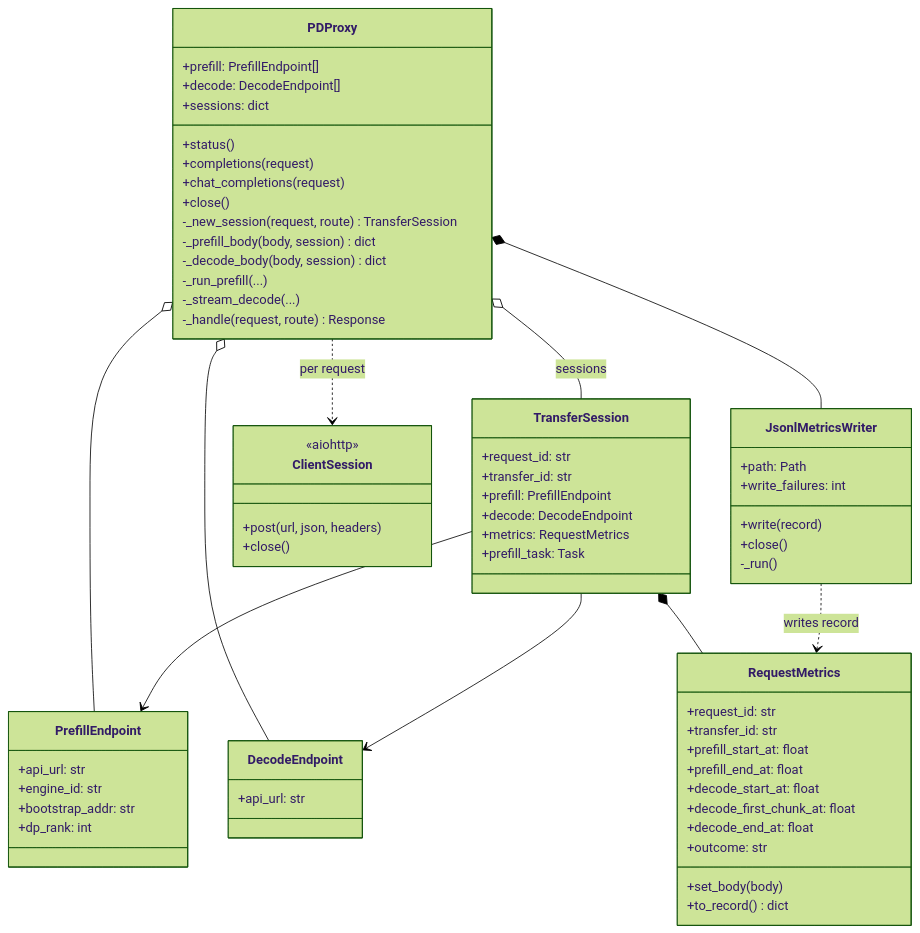
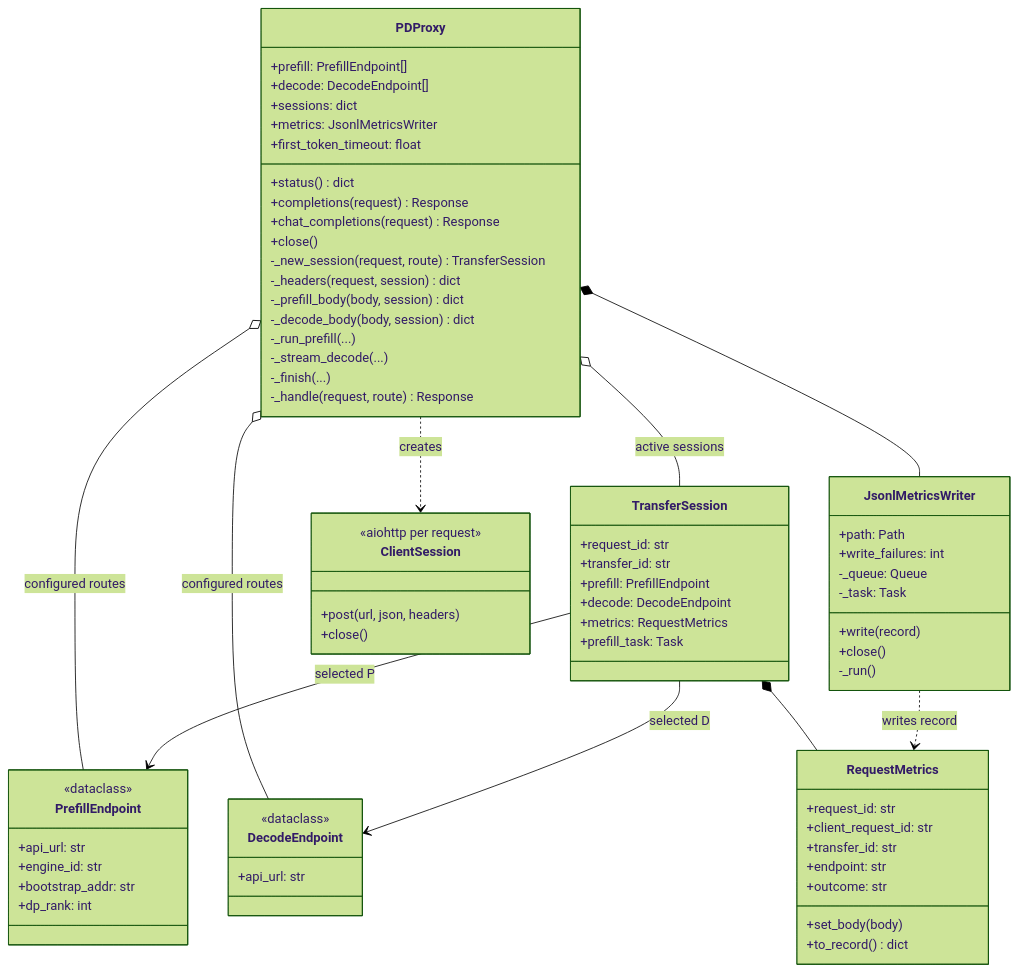
The second of 3 diagrams in docs/design/S01-proxy设计.md (WangSu-X/MTSC), drawn with Mermaid (forest theme) before and after one commit. The commit also changed other lines of this file and 5 other files, not shown here.

````diff
--- a/docs/design/S01-proxy设计.md
+++ b/docs/design/S01-proxy设计.md
@@ -21,69 +116,80 @@
 ```mermaid
 classDiagram
     class PDProxy {
         +prefill: PrefillEndpoint[]
         +decode: DecodeEndpoint[]
         +sessions: dict
-        +status()
-        +completions(request)
-        +chat_completions(request)
+        +metrics: JsonlMetricsWriter
+        +first_token_timeout: float
+        +status() dict
+        +completions(request) Response
+        +chat_completions(request) Response
         +close()
         -_new_session(request, route) TransferSession
+        -_headers(request, session) dict
         -_prefill_body(body, session) dict
         -_decode_body(body, session) dict
         -_run_prefill(...)
         -_stream_decode(...)
+        -_finish(...)
         -_handle(request, route) Response
     }
+
     class TransferSession {
         +request_id: str
         +transfer_id: str
         +prefill: PrefillEndpoint
         +decode: DecodeEndpoint
         +metrics: RequestMetrics
         +prefill_task: Task
     }
+
     class PrefillEndpoint {
+        <<dataclass>>
         +api_url: str
         +engine_id: str
         +bootstrap_addr: str
         +dp_rank: int
     }
+
     class DecodeEndpoint {
+        <<dataclass>>
         +api_url: str
     }
+
     class RequestMetrics {
         +request_id: str
+        +client_request_id: str
         +transfer_id: str
-        +prefill_start_at: float
-        +prefill_end_at: float
-        +decode_start_at: float
-        +decode_first_chunk_at: float
-        +decode_end_at: float
+        +endpoint: str
         +outcome: str
         +set_body(body)
         +to_record() dict
     }
+
     class JsonlMetricsWriter {
         +path: Path
         +write_failures: int
+        -_queue: Queue
+        -_task: Task
         +write(record)
         +close()
         -_run()
     }
+
     class ClientSession {
-        <<aiohttp>>
+        <<aiohttp per request>>
         +post(url, json, headers)
         +close()
     }
 
-    PDProxy o-- PrefillEndpoint
-    PDProxy o-- DecodeEndpoint
-    PDProxy o-- TransferSession : sessions
+    PDProxy o-- PrefillEndpoint : configured routes
+    PDProxy o-- DecodeEndpoint : configured routes
+    PDProxy o-- TransferSession : active sessions
     PDProxy *-- JsonlMetricsWriter
-    PDProxy ..> ClientSession : per request
-    TransferSession --> PrefillEndpoint
-    TransferSession --> DecodeEndpoint
+    PDProxy ..> ClientSession : creates
+    TransferSession --> PrefillEndpoint : selected P
+    TransferSession --> DecodeEndpoint : selected D
     TransferSession *-- RequestMetrics
     JsonlMetricsWriter ..> RequestMetrics : writes record
 ```
````
